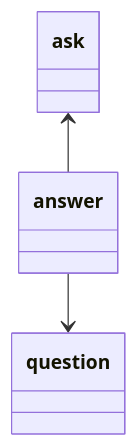
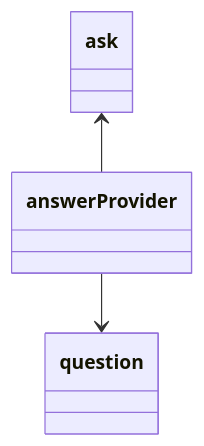
The fourth of 6 diagrams in readme.md (TheGreatShan/GPT-Cli), drawn with Mermaid before and after one commit. The commit also changed other lines of this file, not shown here.

Commit message:
:memo: Answer process has been created

````diff
--- a/readme.md
+++ b/readme.md
@@ -99,9 +99,9 @@
 ```mermaid
 classDiagram
-    class answer
+    class answerProvider
     class question
     class ask
 
-    ask <-- answer
-    answer --> question
+    ask <-- answerProvider
+    answerProvider --> question
 ```
````
